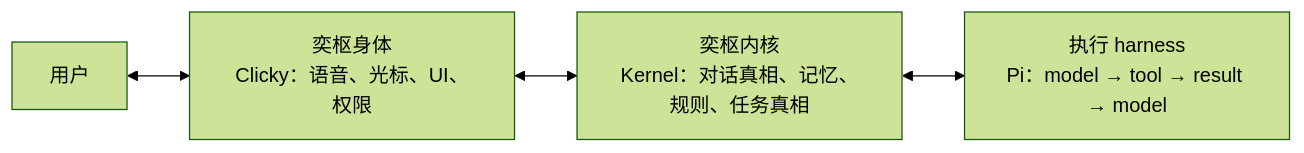
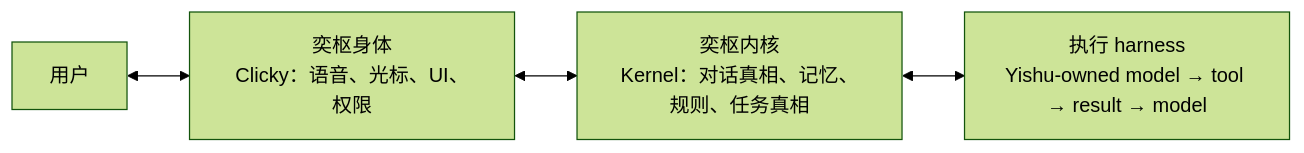
The diagram in docs/wiki/02-architecture.md (yishu-ziyu/yishu), drawn with Mermaid (forest theme) before and after one commit. The commit also changed other lines of this file and 115 other files, not shown here.

````diff
--- a/docs/wiki/02-architecture.md
+++ b/docs/wiki/02-architecture.md
@@ -47,6 +47,6 @@
 ```mermaid
 flowchart LR
   U["用户"] <--> B["奕枢身体<br/>Clicky：语音、光标、UI、权限"]
   B <--> K["奕枢内核<br/>Kernel：对话真相、记忆、规则、任务真相"]
-  K <--> E["执行 harness<br/>Pi：model → tool → result → model"]
+  K <--> E["执行 harness<br/>Yishu-owned model → tool → result → model"]
 ```
````
